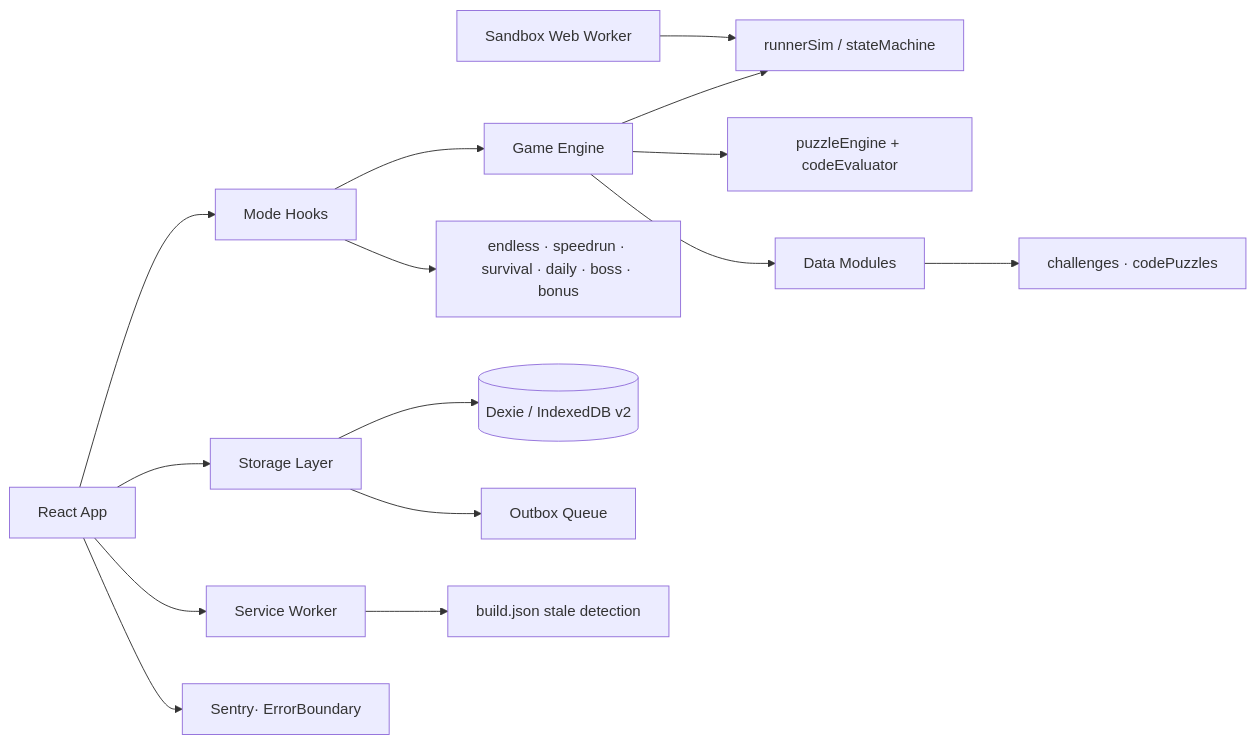
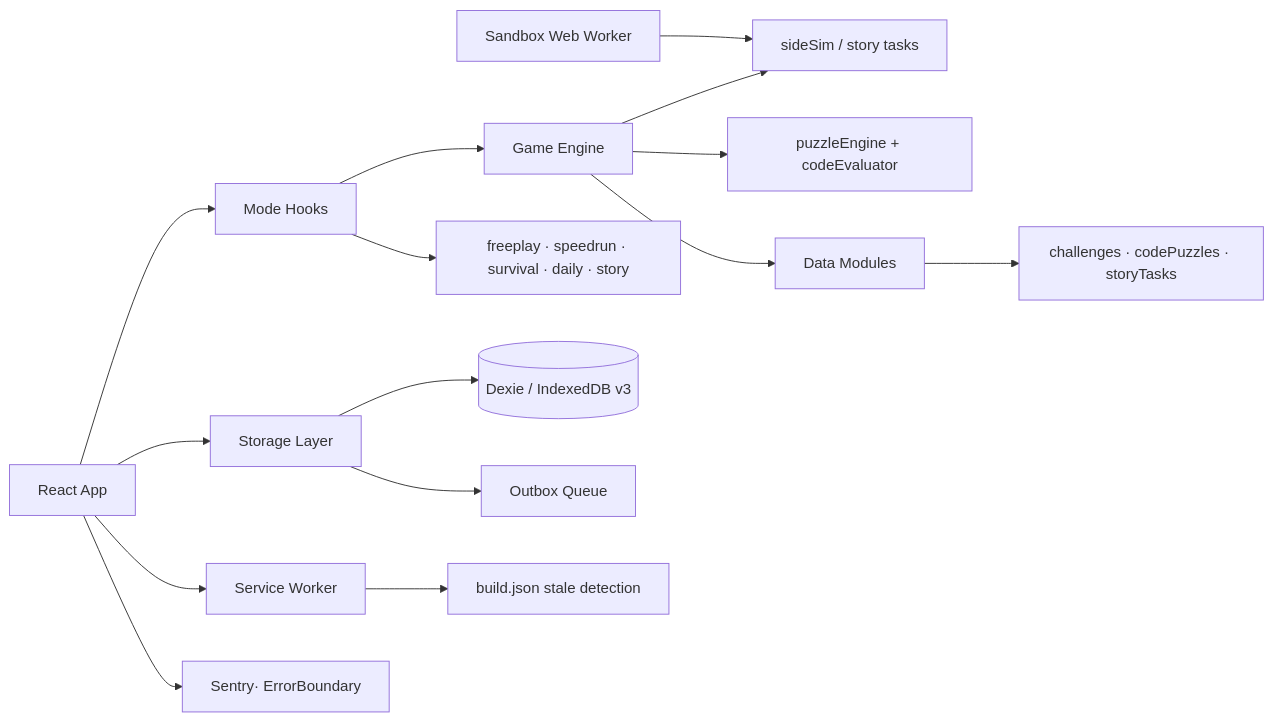
One commit to alimaandev/corun changed the diagram in README.md. Above: the diagram before and after it, drawn with Mermaid. The commit also changed other lines of this file and 3 other files, not shown here.

````diff
--- a/README.md
+++ b/README.md
@@ -145,17 +147,17 @@
 ```mermaid
 flowchart LR
   UI[React App] --> Hooks[Mode Hooks]
   Hooks --> Engine[Game Engine]
   UI --> Storage[Storage Layer]
-  Engine --> Sim[runnerSim / stateMachine]
+  Engine --> Sim[sideSim / story tasks]
   Engine --> Solve[puzzleEngine + codeEvaluator]
   Engine --> Data[Data Modules]
-  Data --> Challenges[challenges · codePuzzles]
+  Data --> Challenges[challenges · codePuzzles · storyTasks]
   Sandbox[Sandbox Web Worker] --> Sim
-  Hooks --> Modes["endless · speedrun · survival · daily · boss · bonus"]
-  Storage --> Db[(Dexie / IndexedDB v2)]
+  Hooks --> Modes["freeplay · speedrun · survival · daily · story"]
+  Storage --> Db[(Dexie / IndexedDB v3)]
   Storage --> Outbox[Outbox Queue]
   UI --> SW[Service Worker]
   SW --> BuildCheck[build.json stale detection]
   UI --> Sentry[Sentry· ErrorBoundary]
 ```
````
